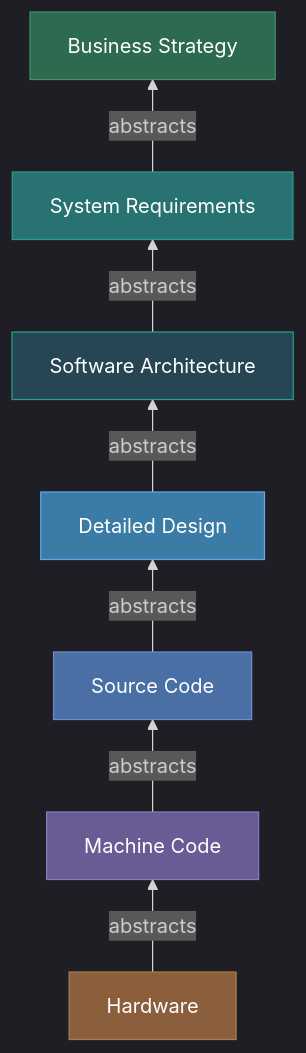
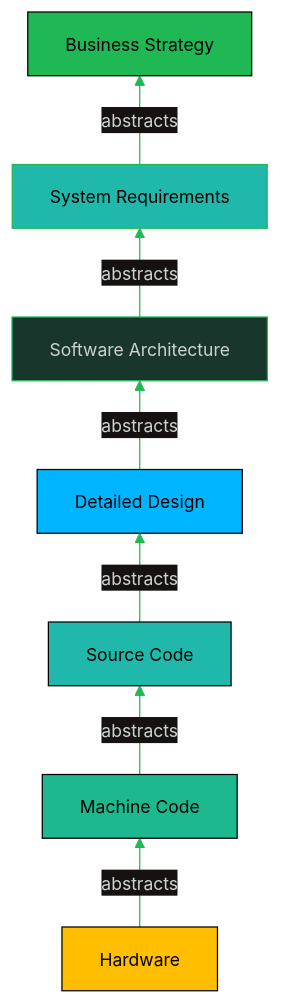
One commit to oat431/swe-knowledge changed the first of 5 diagrams in engineering-foundation-note/02 SWE Process/28_Abstraction_and_Encapsulation.md. Above: the diagram before and after it, drawn with Mermaid. The commit also changed other lines of this file and 23 other files, not shown here.

````diff
--- a/engineering-foundation-note/02 SWE Process/28_Abstraction_and_Encapsulation.md
+++ b/engineering-foundation-note/02 SWE Process/28_Abstraction_and_Encapsulation.md
@@ -47,26 +47,26 @@
 ```mermaid
-%%{init: {'theme':'dark'}}%%
+%%{init: {'theme':'base','themeVariables':{'primaryColor':'#19362D','primaryTextColor':'#CDD3D1','primaryBorderColor':'#1FB854','lineColor':'#1FB854','background':'#1B1717','mainBkg':'#19362D','clusterBkg':'#161212','edgeLabelBackground':'#161212','titleColor':'#1FB854','fontSize':'14px'}}}%%
 graph BT
     HW["Hardware"]
     MC["Machine Code"]
     SC["Source Code"]
     DD["Detailed Design"]
     SA["Software Architecture"]
     SR["System Requirements"]
     BS["Business Strategy"]
 
     HW -->|"abstracts"| MC
     MC -->|"abstracts"| SC
     SC -->|"abstracts"| DD
     DD -->|"abstracts"| SA
     SA -->|"abstracts"| SR
     SR -->|"abstracts"| BS
 
-    style BS fill:#2d6a4f,stroke:#40916c,color:#fff
-    style SA fill:#264653,stroke:#2a9d8f,color:#fff
-    style SR fill:#287271,stroke:#2a9d8f,color:#fff
-    style DD fill:#3a7ca5,stroke:#5aa9e6,color:#fff
-    style SC fill:#4a6fa5,stroke:#6b8cce,color:#fff
-    style MC fill:#6b5b95,stroke:#8b7bb5,color:#fff
-    style HW fill:#8b5e3c,stroke:#a87c4f,color:#fff
+    style BS fill:#1FB854,stroke:#000000,color:#000000
+    style SA fill:#19362D,stroke:#1FB854,color:#CDD3D1
+    style SR fill:#1FB8AB,stroke:#1FB854,color:#000000
+    style DD fill:#00B5FF,stroke:#000000,color:#000000
+    style SC fill:#1FB8AB,stroke:#000000,color:#000000
+    style MC fill:#1EB88E,stroke:#000000,color:#000000
+    style HW fill:#FFBE00,stroke:#000000,color:#000000
 ```
````
